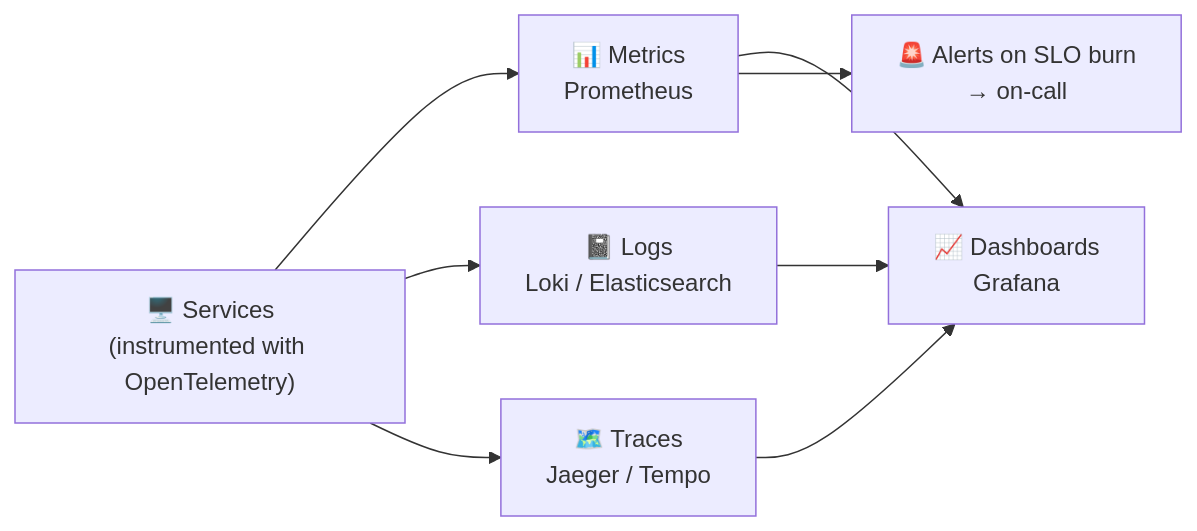
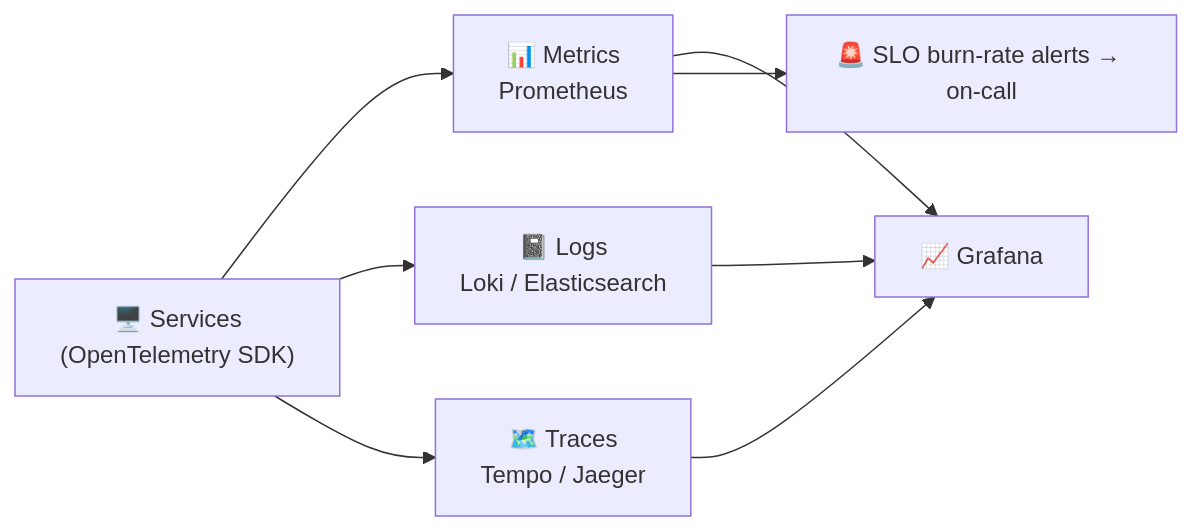
One commit to winnyboy5/System-Design-from-Atoms changed the diagram in phases/08-reliability-ops/067-observability.md. Above: the diagram before and after it, drawn with Mermaid. The commit also changed other lines of this file and 9 other files, not shown here.

````diff
--- a/phases/08-reliability-ops/067-observability.md
+++ b/phases/08-reliability-ops/067-observability.md
@@ -28,10 +38,10 @@
 ```mermaid
 flowchart LR
-    APP["🖥️ Services<br/>(instrumented with OpenTelemetry)"] --> M["📊 Metrics<br/>Prometheus"]
+    APP["🖥️ Services<br/>(OpenTelemetry SDK)"] --> M["📊 Metrics<br/>Prometheus"]
     APP --> L["📓 Logs<br/>Loki / Elasticsearch"]
-    APP --> T["🗺️ Traces<br/>Jaeger / Tempo"]
-    M --> G["📈 Dashboards<br/>Grafana"]
+    APP --> T["🗺️ Traces<br/>Tempo / Jaeger"]
+    M --> G["📈 Grafana"]
     L --> G
     T --> G
-    M --> AL["🚨 Alerts on SLO burn<br/>→ on-call"]
+    M --> AL["🚨 SLO burn-rate alerts → on-call"]
 ```
````
